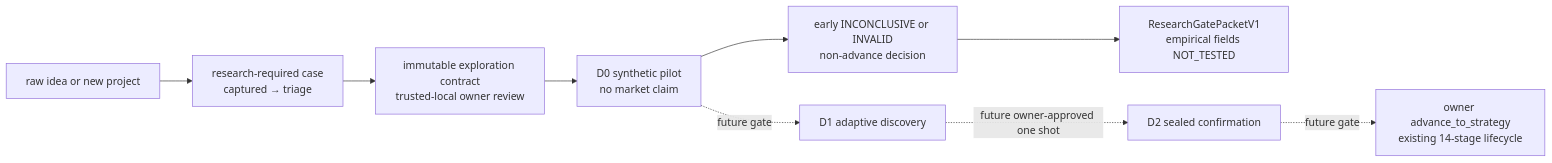
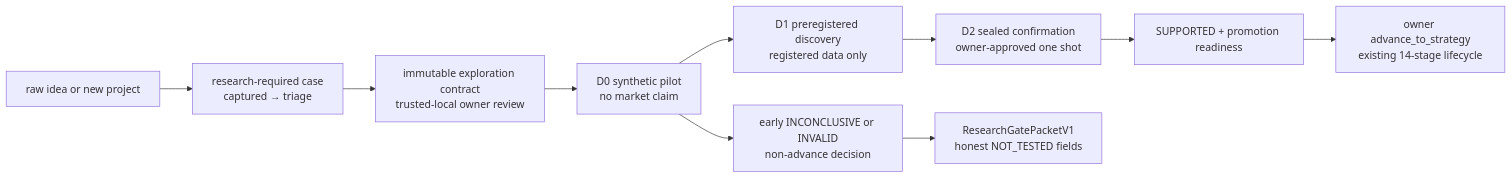
One commit to tradingsystem1880-eng/Project-ALPHA changed the second of 6 diagrams in docs/ARCHITECTURE.md. Above: the diagram before and after it, drawn with Mermaid. The commit also changed other lines of this file and 18 other files, not shown here.

````diff
--- a/docs/ARCHITECTURE.md
+++ b/docs/ARCHITECTURE.md
@@ -116,11 +115,12 @@
 ```mermaid
 flowchart LR
     IDEA["raw idea or new project"] --> CASE["research-required case<br/>captured → triage"]
     CASE --> CONTRACT["immutable exploration contract<br/>trusted-local owner review"]
     CONTRACT --> D0["D0 synthetic pilot<br/>no market claim"]
     D0 --> EARLY["early INCONCLUSIVE or INVALID<br/>non-advance decision"]
-    EARLY --> PACKET["ResearchGatePacketV1<br/>empirical fields NOT_TESTED"]
-    D0 -. "future gate" .-> D1["D1 adaptive discovery"]
-    D1 -. "future owner-approved one shot" .-> D2["D2 sealed confirmation"]
-    D2 -. "future gate" .-> STRATEGY["owner advance_to_strategy<br/>existing 14-stage lifecycle"]
+    D0 --> D1["D1 preregistered discovery<br/>registered data only"]
+    D1 --> D2["D2 sealed confirmation<br/>owner-approved one shot"]
+    D2 --> READY["SUPPORTED + promotion readiness"]
+    READY --> STRATEGY["owner advance_to_strategy<br/>existing 14-stage lifecycle"]
+    EARLY --> PACKET["ResearchGatePacketV1<br/>honest NOT_TESTED fields"]
 ```
````
